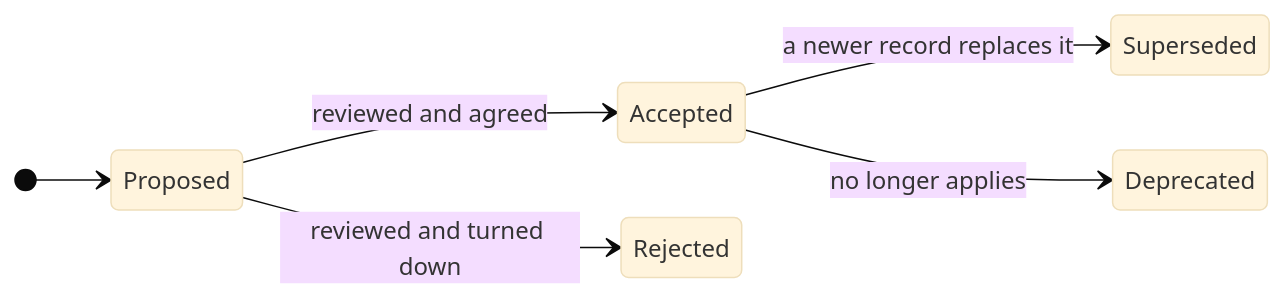
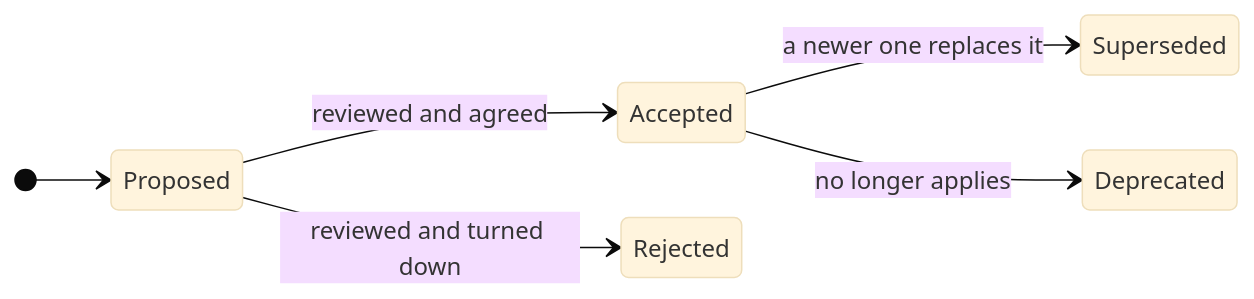
Before and after one commit to telekom/controlplane: the diagram in docs/docs/decisions/index.md, drawn with Mermaid (base theme). The commit also changed 4 other files, not shown here.

First line of the commit message:
fix(agents): keep ADR diagram labels readable

````diff
--- a/docs/docs/decisions/index.md
+++ b/docs/docs/decisions/index.md
@@ -15,9 +15,9 @@
 ```mermaid
 stateDiagram-v2
     direction LR
     [*] --> Proposed
     Proposed --> Accepted: reviewed and agreed
     Proposed --> Rejected: reviewed and turned down
-    Accepted --> Superseded: a newer record replaces it
+    Accepted --> Superseded: a newer one replaces it
     Accepted --> Deprecated: no longer applies
 ```
````
